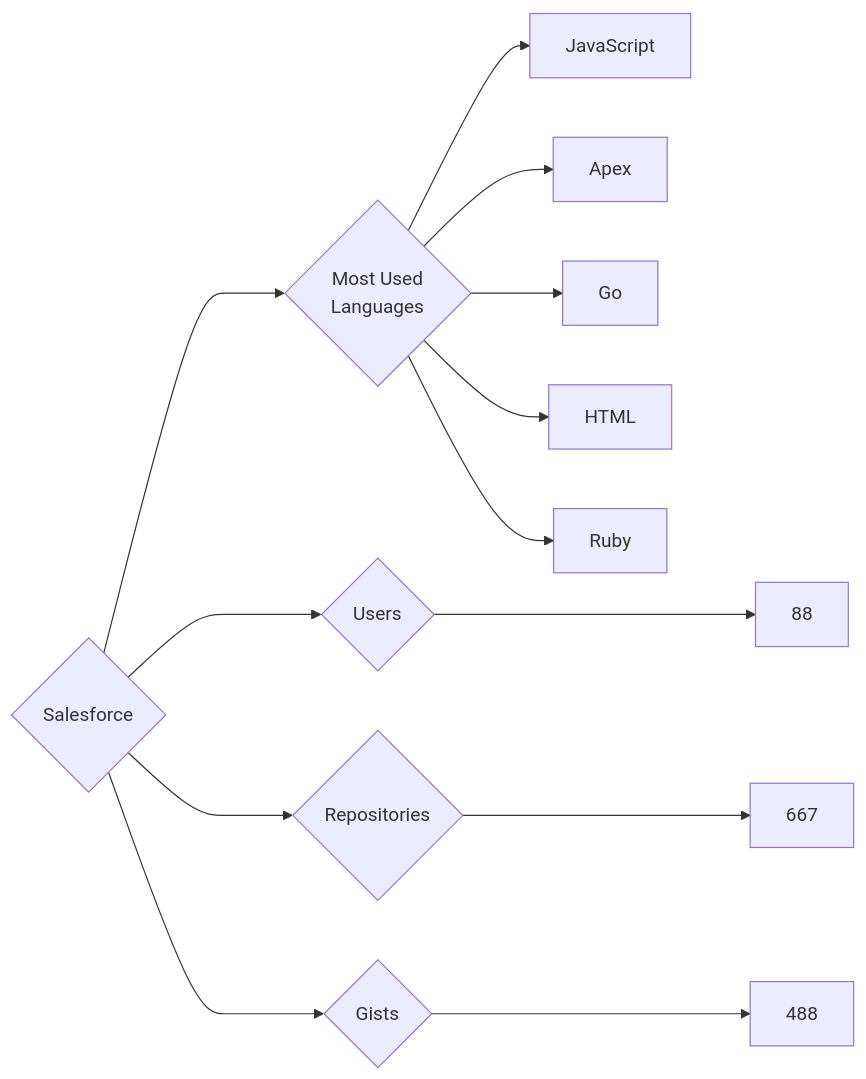
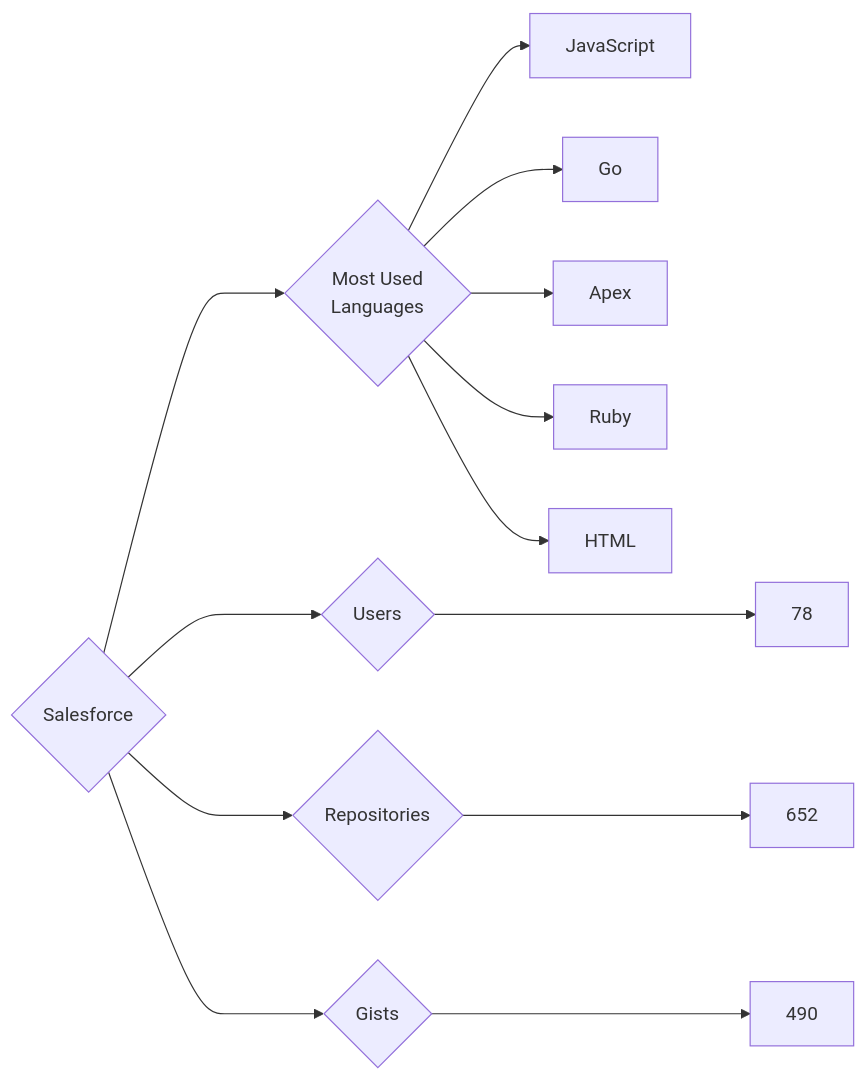
The diagram in targets/Salesforce/README.md (trickest/insiders), drawn with Mermaid before and after one commit. The commit also changed 955 other files, not shown here.

````diff
--- a/targets/Salesforce/README.md
+++ b/targets/Salesforce/README.md
@@ -3,13 +3,13 @@
 ```mermaid
 graph LR
 COMPANY_NAME{Salesforce}
-COMPANY_NAME ---> U{Users} ---> UN[88]
-COMPANY_NAME ---> R{Repositories} ---> RN[667]
-COMPANY_NAME ---> G{Gists} ---> GN[488]
+COMPANY_NAME ---> U{Users} ---> UN[78]
+COMPANY_NAME ---> R{Repositories} ---> RN[652]
+COMPANY_NAME ---> G{Gists} ---> GN[490]
 COMPANY_NAME ---> ML{Most Used<br>Languages}
 ML --> JavaScript[JavaScript]
+ML --> Go[Go]
 ML --> Apex[Apex]
-ML --> Go[Go]
+ML --> Ruby[Ruby]
 ML --> HTML[HTML]
-ML --> Ruby[Ruby]
 ```
````
